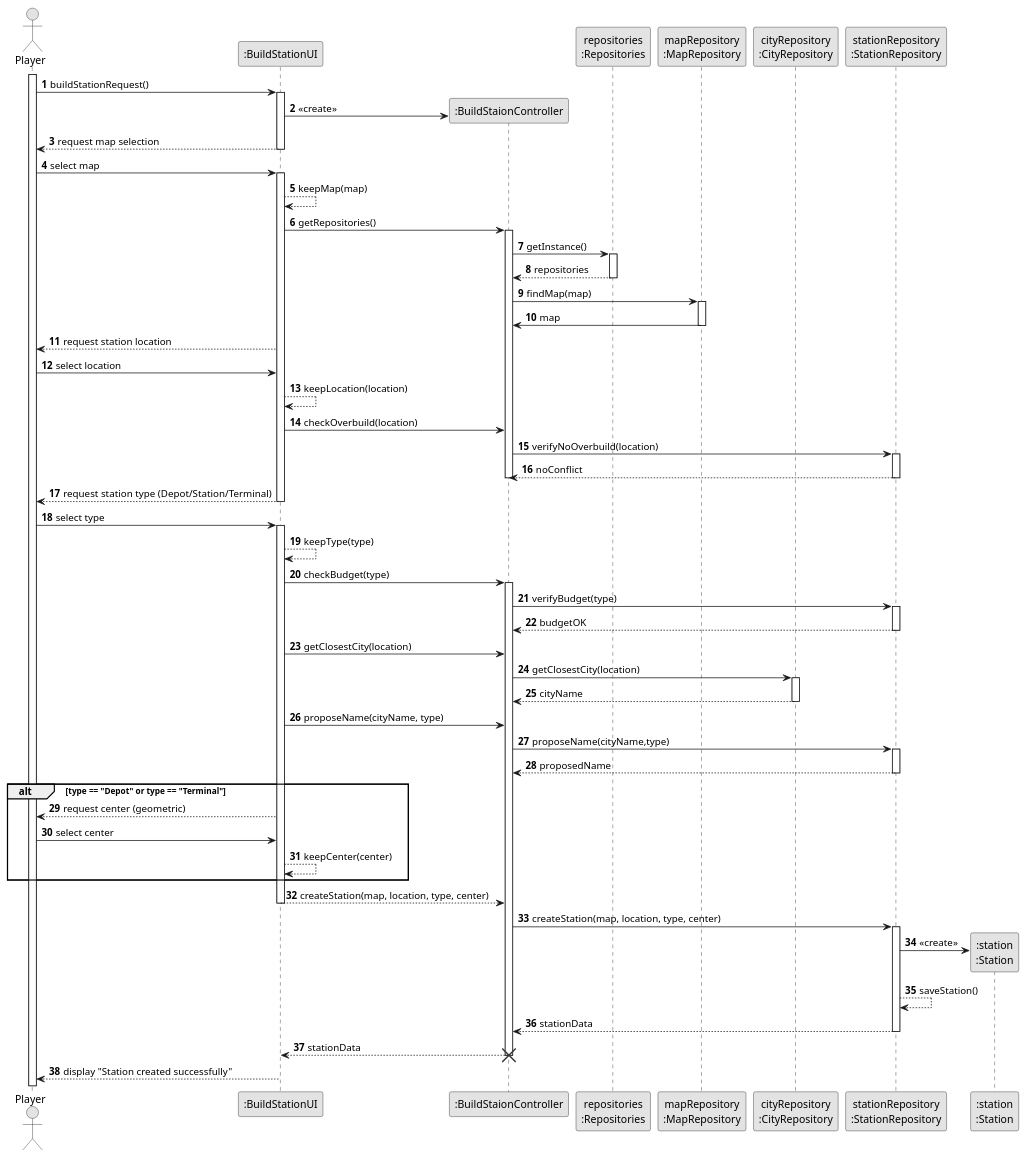
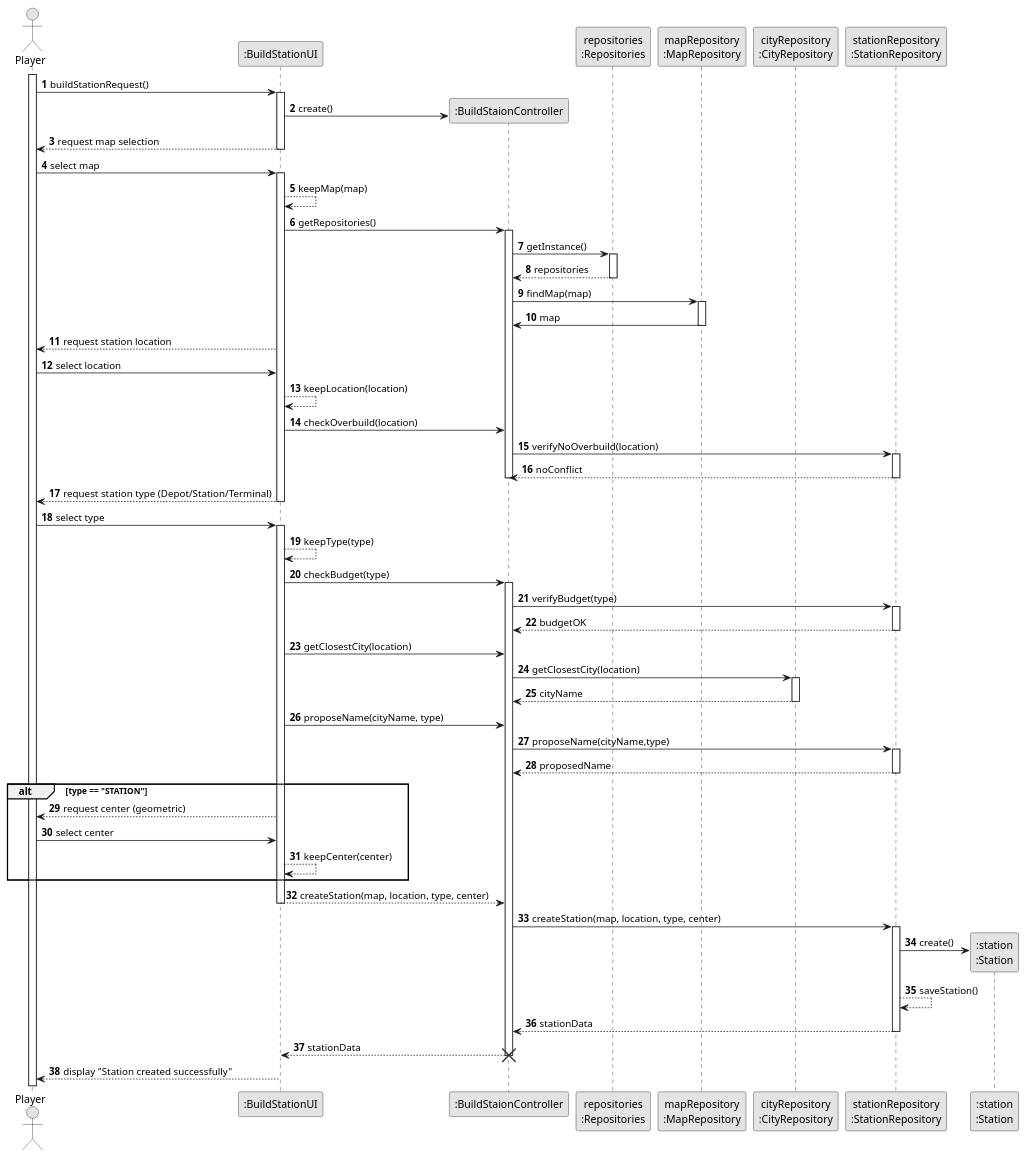
The diagram in docs/system-documentation/US005/03.design/puml/US005-SD.puml (goncalolopesp/sem2-pi-24.25-g093-repo), drawn with PlantUML before and after one commit. The commit also changed 8 other files, not shown here.

Commit message:
US3 (Unit Tests) - Added the Unit Tests of CreateCityController

```diff
--- a/docs/system-documentation/US005/03.design/puml/US005-SD.puml
+++ b/docs/system-documentation/US005/03.design/puml/US005-SD.puml
@@ -1,108 +1,108 @@
 @startuml US005-SD
 skinparam monochrome true
 skinparam packageStyle rectangle
 skinparam shadowing false
 
 autonumber
 
 actor "Player" as Player
 participant ":BuildStationUI" as BuildStationUI
 
 
 activate Player
 
 Player -> BuildStationUI : buildStationRequest()
 create ":BuildStaionController" as BuildStationController
 activate BuildStationUI
-BuildStationUI -> BuildStationController: <<create>>
+BuildStationUI -> BuildStationController: create()
 participant "repositories\n:Repositories" as Repositories
 participant "mapRepository\n:MapRepository" as MapRepository
 participant "cityRepository\n:CityRepository" as CityRepository
 participant "stationRepository\n:StationRepository" as StationRepository
 
 
 BuildStationUI --> Player : request map selection
 deactivate BuildStationUI
 Player -> BuildStationUI : select map
 activate BuildStationUI
 BuildStationUI --> BuildStationUI : keepMap(map)
 
 
 BuildStationUI -> BuildStationController : getRepositories()
 activate BuildStationController
 BuildStationController -> Repositories : getInstance()
 activate Repositories
 Repositories --> BuildStationController : repositories
 deactivate Repositories
 
 BuildStationController -> MapRepository: findMap(map)
 activate MapRepository
 MapRepository -> BuildStationController: map
 deactivate MapRepository
 
 BuildStationUI --> Player : request station location
 
 Player -> BuildStationUI : select location
 
 BuildStationUI --> BuildStationUI : keepLocation(location)
 
 BuildStationUI -> BuildStationController : checkOverbuild(location)
 BuildStationController -> StationRepository : verifyNoOverbuild(location)
 activate StationRepository
 StationRepository --> BuildStationController : noConflict
 deactivate StationRepository
 
 deactivate BuildStationController
 BuildStationUI --> Player : request station type (Depot/Station/Terminal)
 deactivate BuildStationUI
 Player -> BuildStationUI : select type
 activate BuildStationUI
 BuildStationUI --> BuildStationUI : keepType(type)
 
 BuildStationUI -> BuildStationController : checkBudget(type)
 activate BuildStationController
 BuildStationController -> StationRepository : verifyBudget(type)
 
 activate StationRepository
 StationRepository --> BuildStationController : budgetOK
 deactivate StationRepository
 
 
 
 BuildStationUI -> BuildStationController : getClosestCity(location)
 BuildStationController -> CityRepository: getClosestCity(location)
 activate CityRepository
 CityRepository --> BuildStationController : cityName
 deactivate CityRepository
 BuildStationUI -> BuildStationController : proposeName(cityName, type)
 BuildStationController -> StationRepository : proposeName(cityName,type)
 activate StationRepository
 StationRepository --> BuildStationController : proposedName
 deactivate StationRepository
 
 
-alt type == "Depot" or type == "Terminal"
+alt type == "STATION"
   BuildStationUI --> Player : request center (geometric)
   Player -> BuildStationUI : select center
   BuildStationUI --> BuildStationUI : keepCenter(center)
 end
 
 BuildStationUI --> BuildStationController : createStation(map, location, type, center)
 deactivate BuildStationUI
 BuildStationController -> StationRepository : createStation(map, location, type, center)
 activate StationRepository
 create ":station\n:Station" as Station
 
-StationRepository -> Station: <<create>>
+StationRepository -> Station: create()
 
 StationRepository --> StationRepository : saveStation()
 StationRepository --> BuildStationController : stationData
 deactivate StationRepository
 
 BuildStationController --> BuildStationUI : stationData
 deactivate BuildStationController
 destroy BuildStationController
 
 BuildStationUI --> Player : display "Station created successfully"
 deactivate BuildStationUI
 @enduml
```
